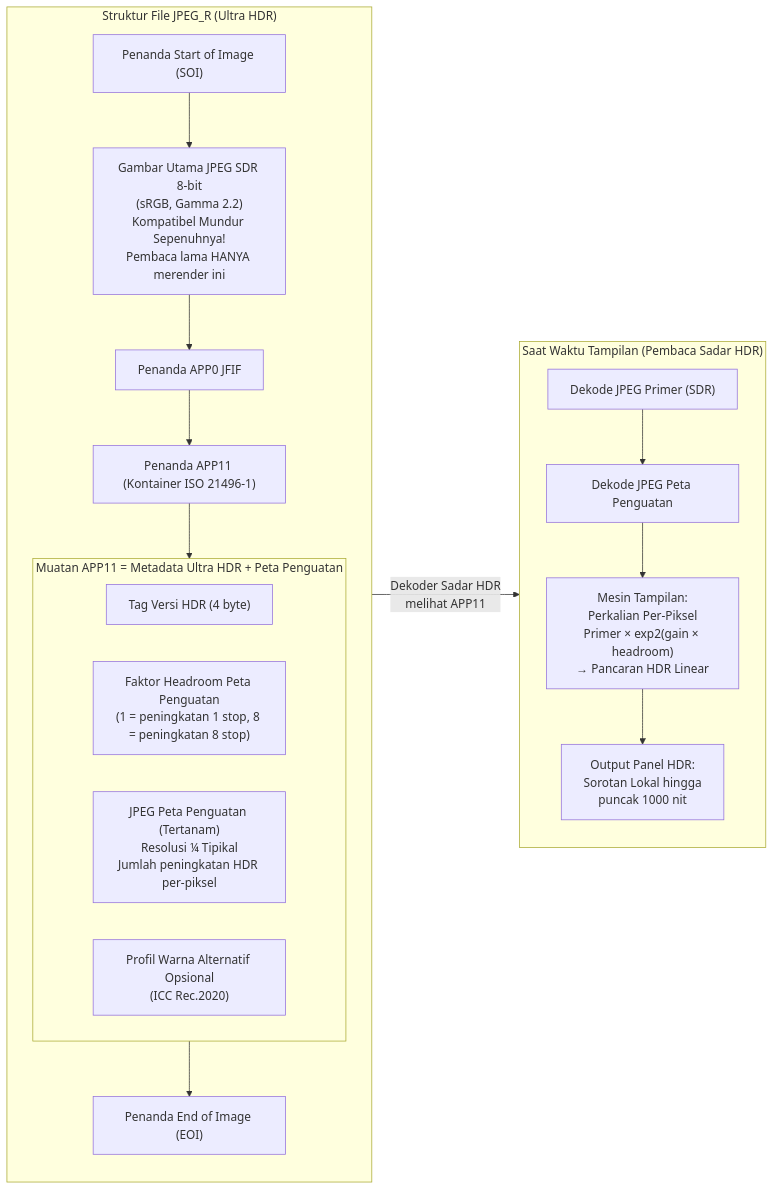
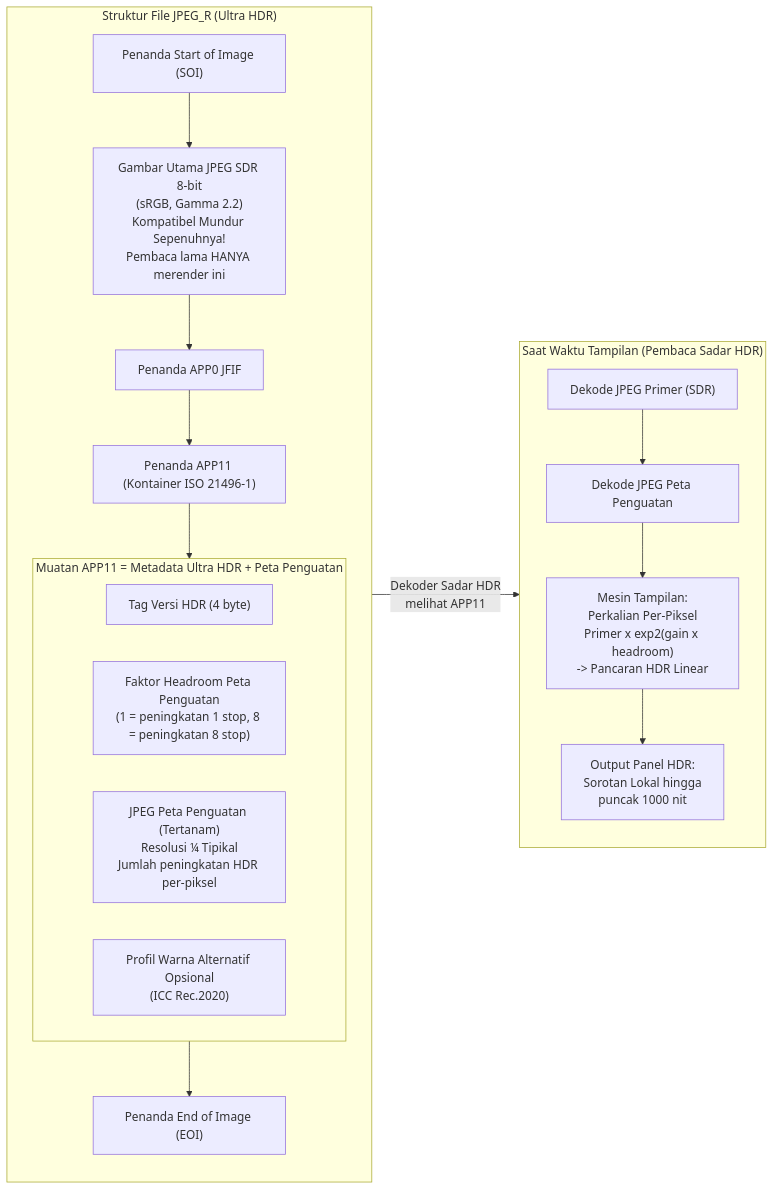
The second of 2 diagrams in website/i18n/id/docusaurus-plugin-content-docs/current/camera2/hdr-and-ultra-hdr.md (zoozooll/AndroidCameraParameters), drawn with Mermaid before and after one commit. The commit also changed other lines of this file and 77 other files, not shown here.

First line of the commit message:
docs: standardize Mermaid syntax and polish 3A pipeline translations

````diff
--- a/website/i18n/id/docusaurus-plugin-content-docs/current/camera2/hdr-and-ultra-hdr.md
+++ b/website/i18n/id/docusaurus-plugin-content-docs/current/camera2/hdr-and-ultra-hdr.md
@@ -198,25 +198,25 @@
 ```mermaid
 flowchart LR
     subgraph FILE["Struktur File JPEG_R (Ultra HDR)"]
         direction TB
         SOI["Penanda Start of Image (SOI)"] --> PRIMARY["Gambar Utama JPEG SDR 8-bit<br/>(sRGB, Gamma 2.2)<br/>Kompatibel Mundur Sepenuhnya!<br/>Pembaca lama HANYA merender ini"]
         PRIMARY --> APP0["Penanda APP0 JFIF"]
         APP0 --> APP11["Penanda APP11 (Kontainer ISO 21496-1)"]
         subgraph GAINMAP["Muatan APP11 = Metadata Ultra HDR + Peta Penguatan"]
             GM1["Tag Versi HDR (4 byte)"]
             GM2["Faktor Headroom Peta Penguatan<br/>(1 = peningkatan 1 stop, 8 = peningkatan 8 stop)"]
             GM3["JPEG Peta Penguatan (Tertanam)<br/>Resolusi ¼ Tipikal<br/>Jumlah peningkatan HDR per-piksel"]
             GM4["Profil Warna Alternatif Opsional<br/>(ICC Rec.2020)"]
         end
         APP11 --> GAINMAP
         GAINMAP --> EOI["Penanda End of Image (EOI)"]
     end
 
     subgraph RENDER["Saat Waktu Tampilan (Pembaca Sadar HDR)"]
         R1["Dekode JPEG Primer (SDR)"] --> R2["Dekode JPEG Peta Penguatan"]
-        R2 --> R3["Mesin Tampilan:<br/>Perkalian Per-Piksel<br/>Primer × exp2(gain × headroom)<br/>→ Pancaran HDR Linear"]
+        R2 --> R3["Mesin Tampilan:<br/>Perkalian Per-Piksel<br/>Primer x exp2(gain x headroom)<br/>-> Pancaran HDR Linear"]
         R3 --> R4["Output Panel HDR:<br/>Sorotan Lokal hingga<br/>puncak 1000 nit"]
     end
 
     FILE -->|"Dekoder Sadar HDR<br/>melihat APP11"| RENDER
 ```
````
